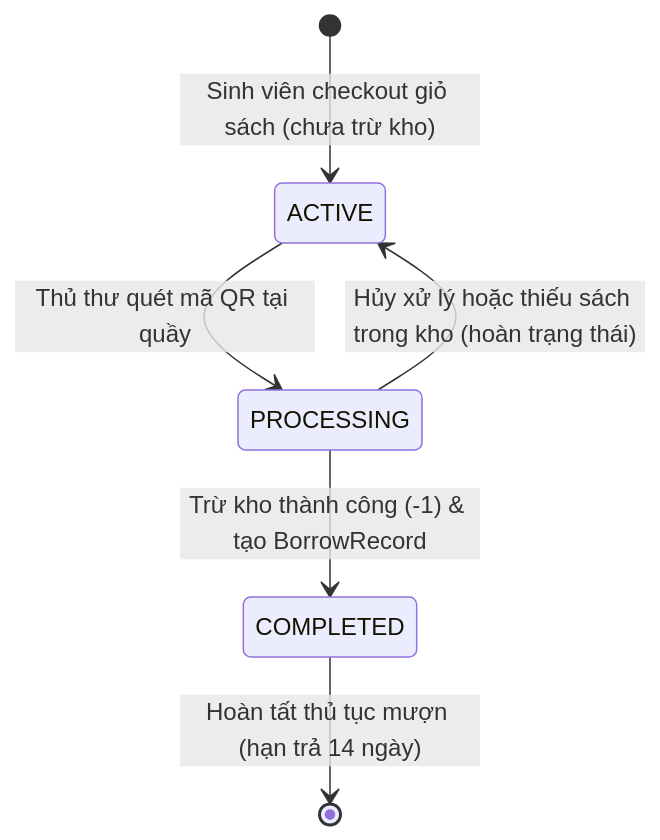
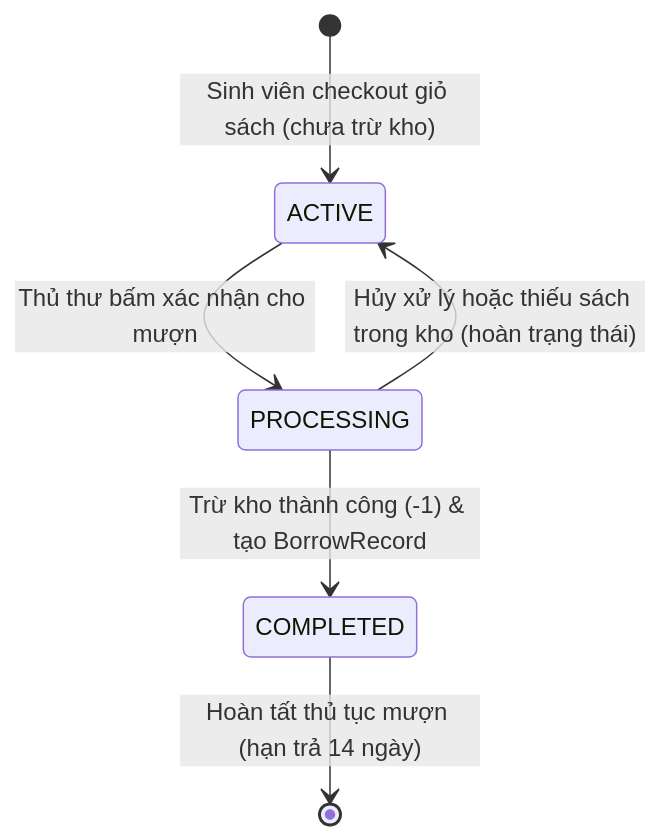
The first of 2 diagrams in README.md (tuandang-dev/Library_management), drawn with Mermaid before and after one commit. The commit also changed other lines of this file and 54 other files, not shown here.

````diff
--- a/README.md
+++ b/README.md
@@ -63,8 +63,8 @@
 ```mermaid
 stateDiagram-v2
     [*] --> ACTIVE: Sinh viên checkout giỏ sách (chưa trừ kho)
-    ACTIVE --> PROCESSING: Thủ thư quét mã QR tại quầy
+    ACTIVE --> PROCESSING: Thủ thư bấm xác nhận cho mượn
     PROCESSING --> ACTIVE: Hủy xử lý hoặc thiếu sách trong kho (hoàn trạng thái)
     PROCESSING --> COMPLETED: Trừ kho thành công (-1) & tạo BorrowRecord
     COMPLETED --> [*]: Hoàn tất thủ tục mượn (hạn trả 14 ngày)
 ```
````
